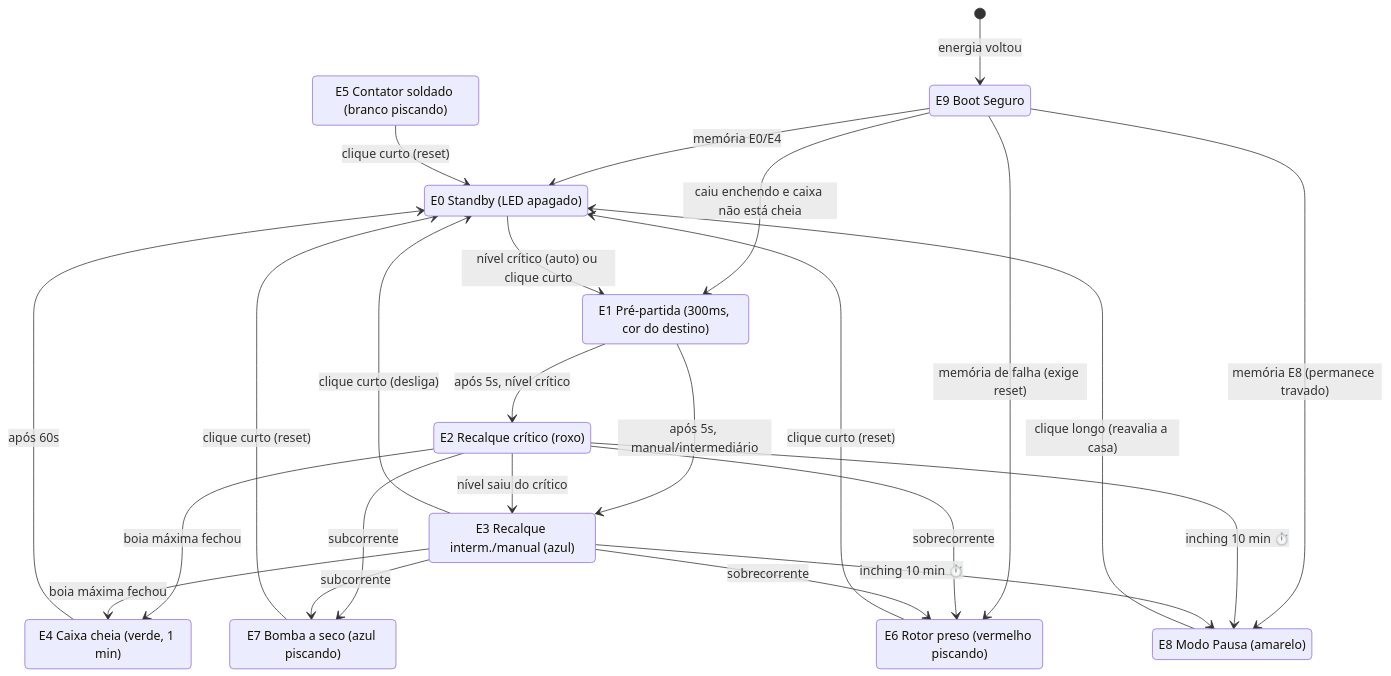
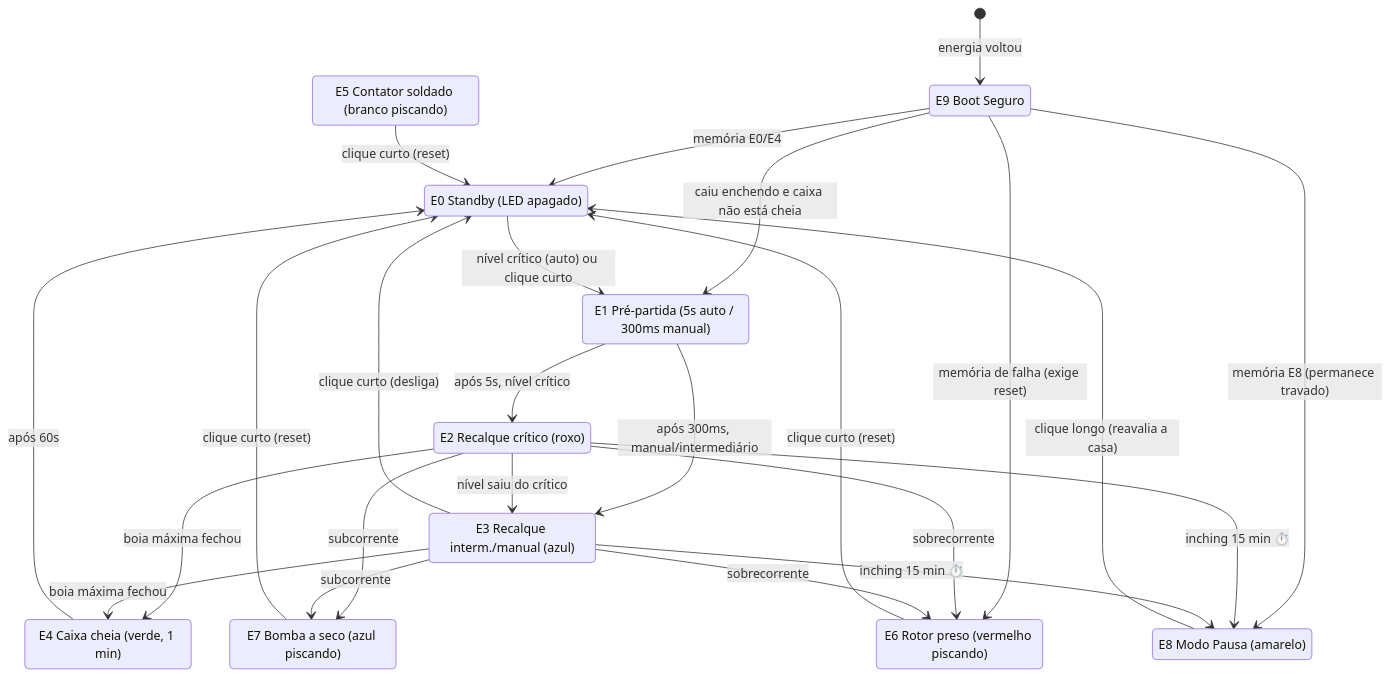
One commit to willianrupert/caixa-dagua-esphome changed the diagram in README.md. Above: the diagram before and after it, drawn with Mermaid. The commit also changed other lines of this file and 2 other files, not shown here.

Commit message:
feat: pre-partida critica em vermelho solido (5s) e correcao da tabela no README

````diff
--- a/README.md
+++ b/README.md
@@ -28,41 +28,41 @@
 ```mermaid
 stateDiagram-v2
     direction TB
     [*] --> E9: energia voltou
     E9: E9 Boot Seguro
     E0: E0 Standby (LED apagado)
-    E1: E1 Pré-partida (300ms, cor do destino)
+    E1: E1 Pré-partida (5s auto / 300ms manual)
     E2: E2 Recalque crítico (roxo)
     E3: E3 Recalque interm./manual (azul)
     E4: E4 Caixa cheia (verde, 1 min)
     E5: E5 Contator soldado (branco piscando)
     E6: E6 Rotor preso (vermelho piscando)
     E7: E7 Bomba a seco (azul piscando)
     E8: E8 Modo Pausa (amarelo)
 
     E9 --> E0: memória E0/E4
     E9 --> E1: caiu enchendo e caixa não está cheia
     E9 --> E8: memória E8 (permanece travado)
     E9 --> E6: memória de falha (exige reset)
 
     E0 --> E1: nível crítico (auto) ou clique curto
     E1 --> E2: após 5s, nível crítico
-    E1 --> E3: após 5s, manual/intermediário
+    E1 --> E3: após 300ms, manual/intermediário
     E2 --> E3: nível saiu do crítico
     E2 --> E4: boia máxima fechou
     E3 --> E4: boia máxima fechou
     E3 --> E0: clique curto (desliga)
     E4 --> E0: após 60s
 
     E2 --> E6: sobrecorrente
     E2 --> E7: subcorrente
     E3 --> E6: sobrecorrente
     E3 --> E7: subcorrente
     E6 --> E0: clique curto (reset)
     E7 --> E0: clique curto (reset)
     E5 --> E0: clique curto (reset)
 
-    E2 --> E8: inching 10 min ⏱️
-    E3 --> E8: inching 10 min ⏱️
+    E2 --> E8: inching 15 min ⏱️
+    E3 --> E8: inching 15 min ⏱️
     E8 --> E0: clique longo (reavalia a casa)
 ```
````
